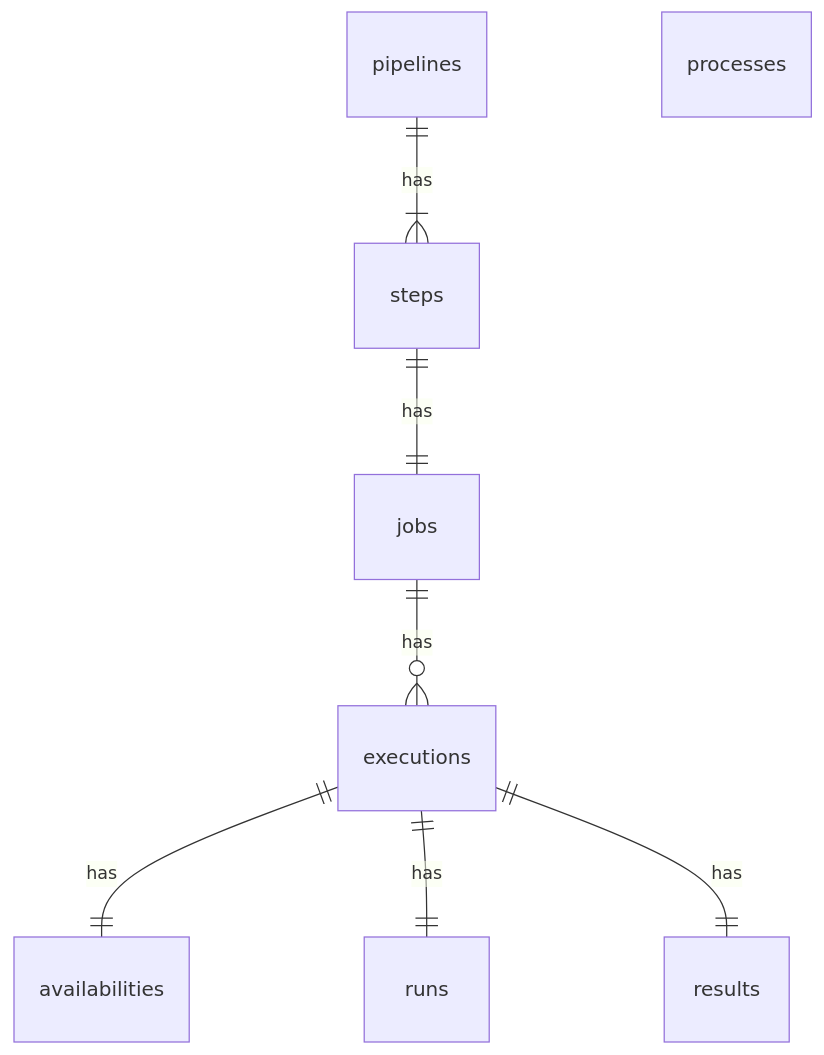
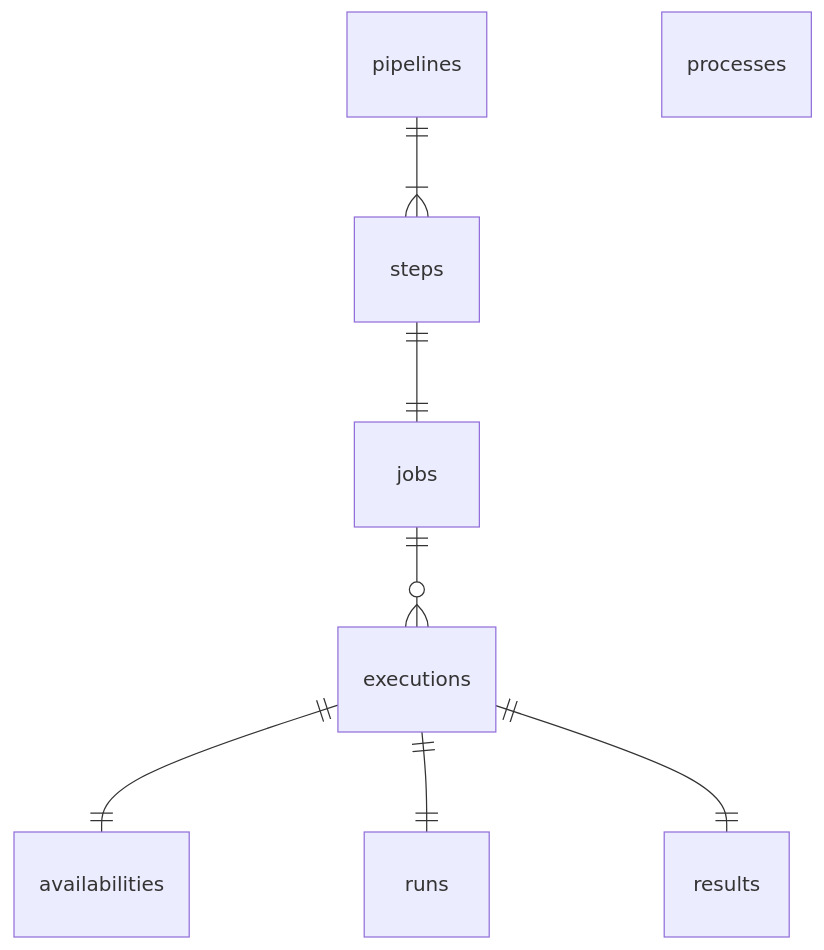
The diagram in architecture/data-model.md (ductwork/ductwork.github.io), drawn with Mermaid before and after one commit.

Commit message:
chore: remove association labels for mermaid data model

````diff
--- a/architecture/data-model.md
+++ b/architecture/data-model.md
@@ -9,10 +9,10 @@
 ```mermaid
 erDiagram
-    pipelines ||--|{ steps : has
-    steps ||--|| jobs : has
-    jobs ||--o{ executions : has
-    executions ||--|| availabilities : has
-    executions ||--|| runs : has
-    executions ||--|| results : has
+    pipelines ||--|{ steps : ""
+    steps ||--|| jobs : ""
+    jobs ||--o{ executions : ""
+    executions ||--|| availabilities : ""
+    executions ||--|| runs : ""
+    executions ||--|| results : ""
     processes
 ```
````
